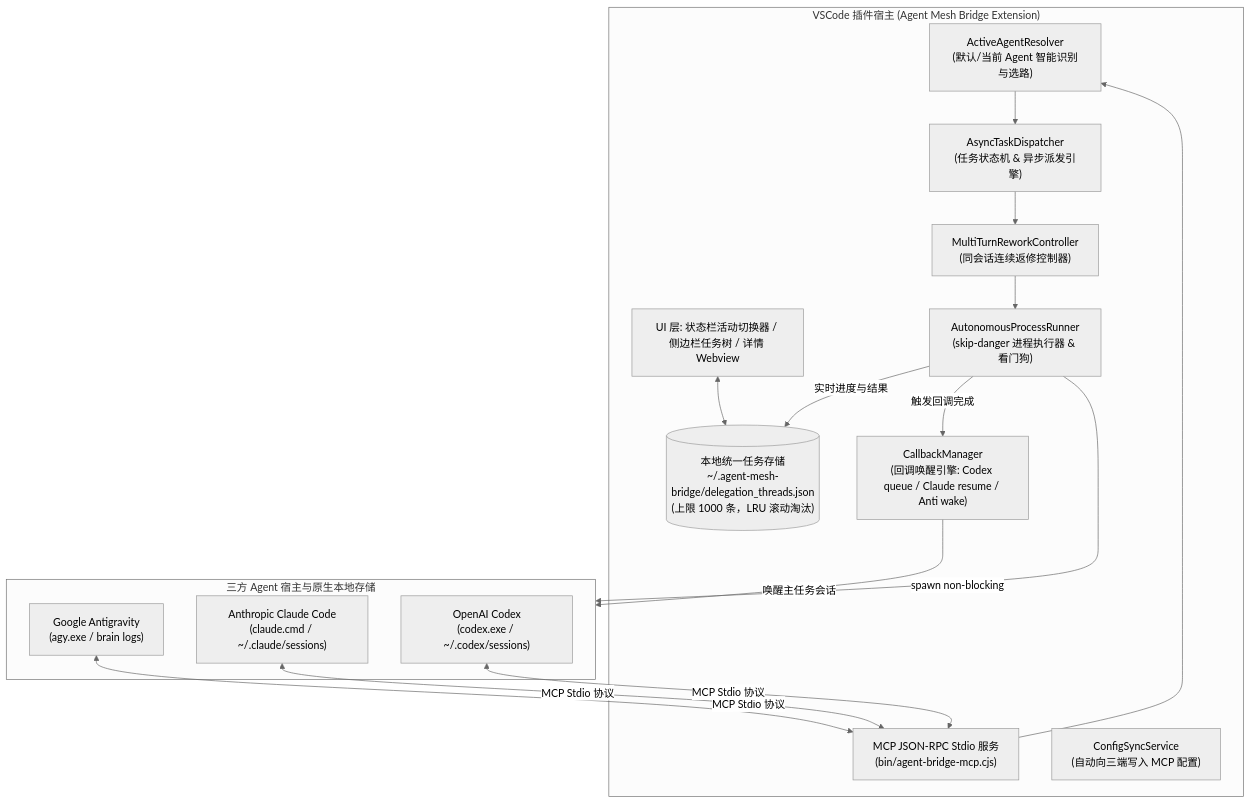
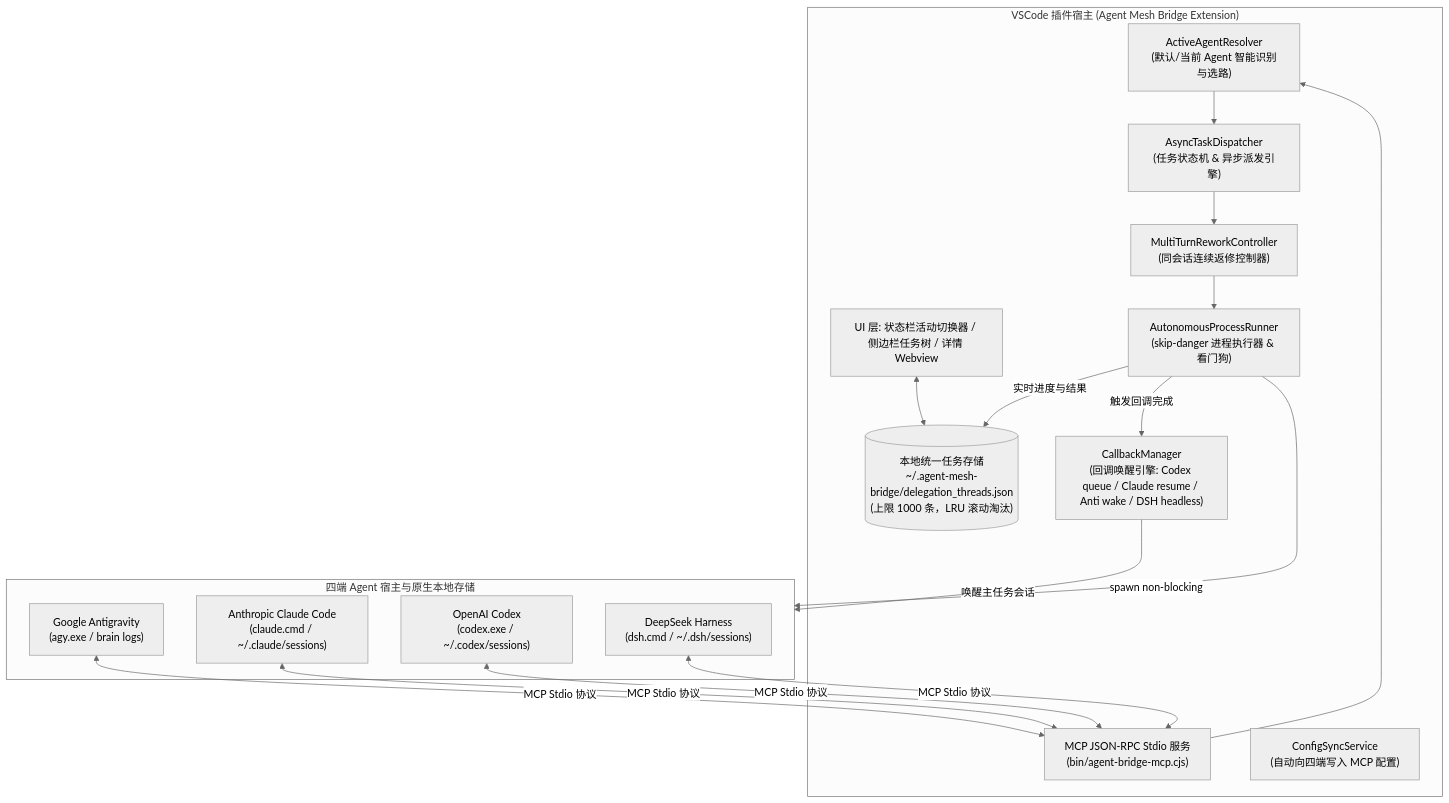
One commit to liuchangready/agent-mesh-bridge changed the first of 3 diagrams in DESIGN.md. Above: the diagram before and after it, drawn with Mermaid (neutral theme). The commit also changed other lines of this file and 36 other files, not shown here.

First line of the commit message:
feat(bridge): add execution gate, task roles, pause/delete control and DeepSeek Harness integration

````diff
--- a/DESIGN.md
+++ b/DESIGN.md
@@ -27,34 +28,36 @@
 ```mermaid
 flowchart TD
     subgraph VSCode_Host ["VSCode 插件宿主 (Agent Mesh Bridge Extension)"]
         UI["UI 层: 状态栏活动切换器 / 侧边栏任务树 / 详情 Webview"]
         Router["ActiveAgentResolver<br/>(默认/当前 Agent 智能识别与选路)"]
         Dispatcher["AsyncTaskDispatcher<br/>(任务状态机 & 异步派发引擎)"]
         ReworkCtrl["MultiTurnReworkController<br/>(同会话连续返修控制器)"]
-        CallbackMgr["CallbackManager<br/>(回调唤醒引擎: Codex queue / Claude resume / Anti wake)"]
+        CallbackMgr["CallbackManager<br/>(回调唤醒引擎: Codex queue / Claude resume / Anti wake / DSH headless)"]
         TaskStore[("本地统一任务存储<br/>~/.agent-mesh-bridge/delegation_threads.json<br/>(上限 1000 条，LRU 滚动淘汰)")]
         Runner["AutonomousProcessRunner<br/>(skip-danger 进程执行器 & 看门狗)"]
         MCPServer["MCP JSON-RPC Stdio 服务<br/>(bin/agent-bridge-mcp.cjs)"]
-        ConfigSync["ConfigSyncService<br/>(自动向三端写入 MCP 配置)"]
+        ConfigSync["ConfigSyncService<br/>(自动向四端写入 MCP 配置)"]
     end
 
-    subgraph Agents ["三方 Agent 宿主与原生本地存储"]
+    subgraph Agents ["四端 Agent 宿主与原生本地存储"]
         Anti["Google Antigravity<br/>(agy.exe / brain logs)"]
         Claude["Anthropic Claude Code<br/>(claude.cmd / ~/.claude/sessions)"]
         Codex["OpenAI Codex<br/>(codex.exe / ~/.codex/sessions)"]
+        Dsh["DeepSeek Harness<br/>(dsh.cmd / ~/.dsh/sessions)"]
     end
 
     Anti <-->|MCP Stdio 协议| MCPServer
     Claude <-->|MCP Stdio 协议| MCPServer
     Codex <-->|MCP Stdio 协议| MCPServer
+    Dsh <-->|MCP Stdio 协议| MCPServer
 
     MCPServer --> Router
     Router --> Dispatcher
     Dispatcher --> ReworkCtrl
     ReworkCtrl --> Runner
     Runner -->|spawn non-blocking| Agents
     Runner -->|实时进度与结果| TaskStore
     Runner -->|触发回调完成| CallbackMgr
     CallbackMgr -->|唤醒主任务会话| Agents
     UI <--> TaskStore
 ```
````
